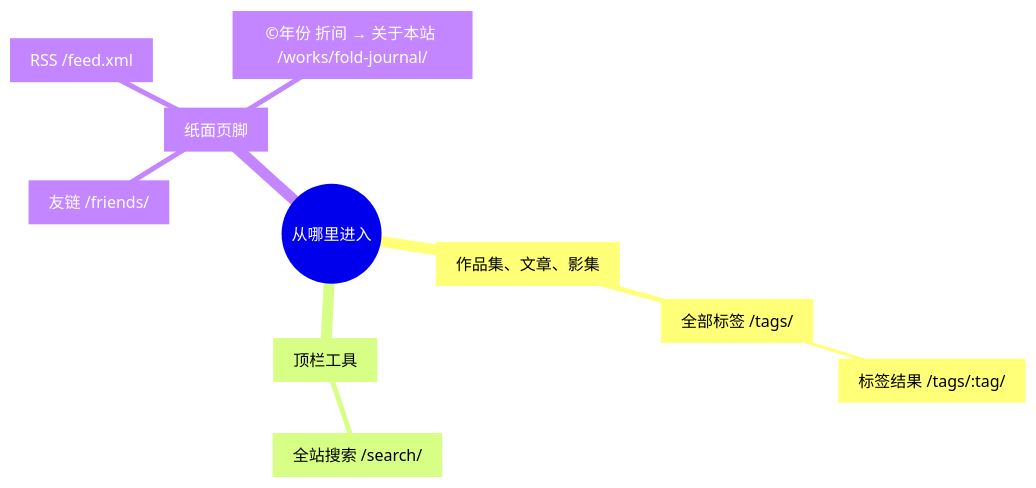
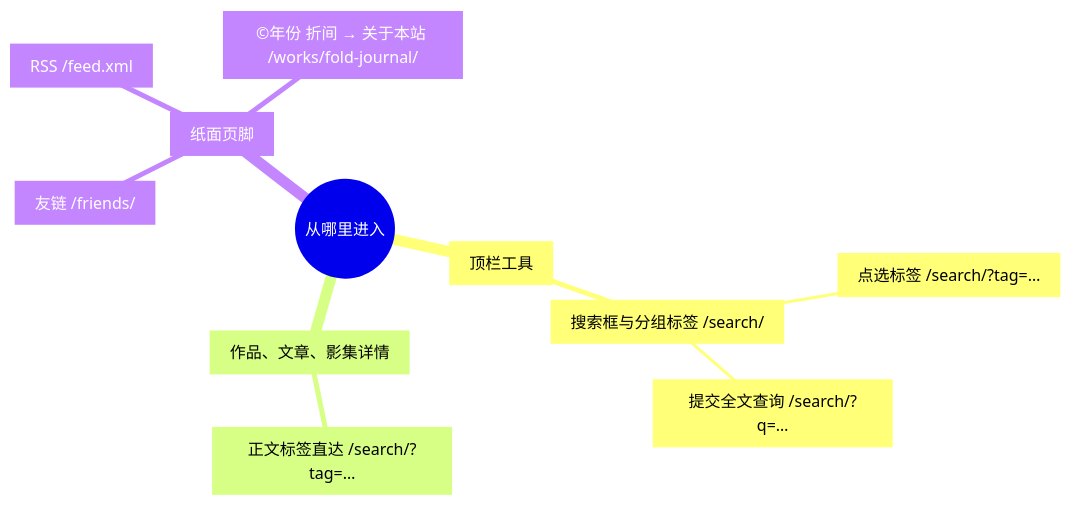
The second of 2 diagrams in docs/page-map.md (155TuT/origami-page), drawn with Mermaid before and after one commit. The commit also changed other lines of this file and 16 other files, not shown here.

First line of the commit message:
feat(search): unify grouped tags and full-text search

````diff
--- a/docs/page-map.md
+++ b/docs/page-map.md
@@ -36,13 +36,14 @@
 ```mermaid
 mindmap
   entrances((从哪里进入))
-    content["作品集、文章、影集"]
-      tags["全部标签 /tags/"]
-        tag["标签结果 /tags/:tag/"]
     toolbar["顶栏工具"]
-      search["全站搜索 /search/"]
+      search["搜索框与分组标签 /search/"]
+        tag["点选标签 /search/?tag=…"]
+        query["提交全文查询 /search/?q=…"]
+    content["作品、文章、影集详情"]
+      chip["正文标签直达 /search/?tag=…"]
     footer["纸面页脚"]
       friends["友链 /friends/"]
       feed["RSS /feed.xml"]
       site["©年份 折间 → 关于本站 /works/fold-journal/"]
 ```
````
